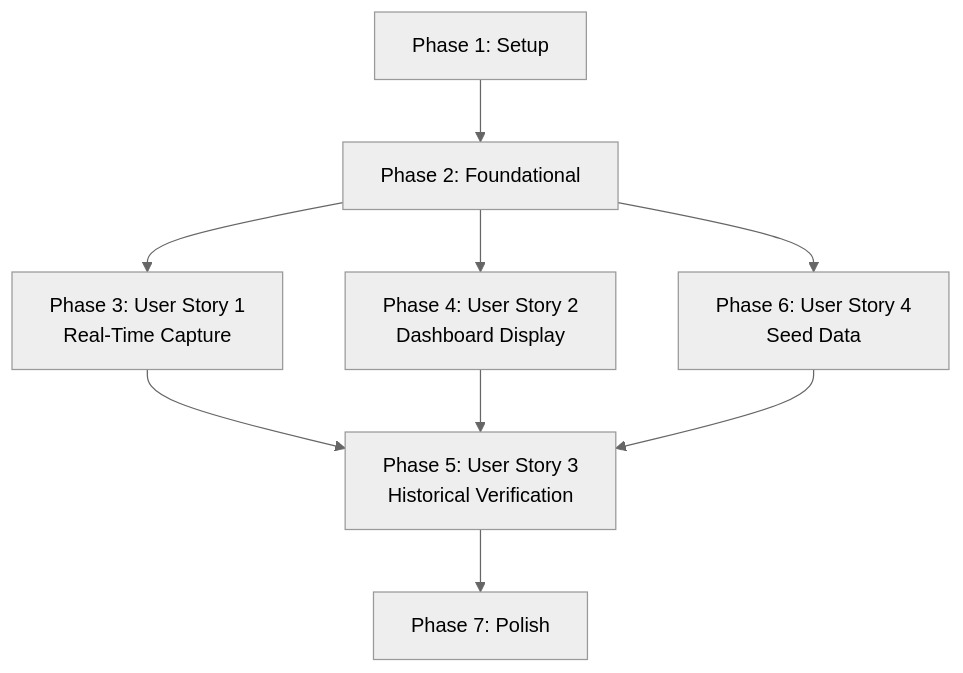
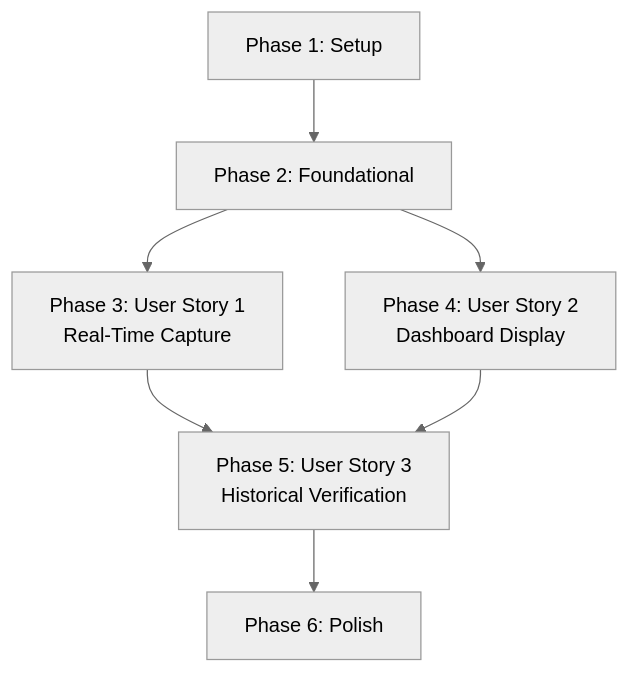
Before and after one commit to cornflowerblu/nextjs-ai-portfolio-analyzer: the diagram in specs/004-database-interactions/tasks.md, drawn with Mermaid (neutral theme). The commit also changed other lines of this file and 1 other file, not shown here.

Commit message:
fix: refactor tasks and test criteria for seed data generation; remove User Story 4 and adjust totals accordingly

````diff
--- a/specs/004-database-interactions/tasks.md
+++ b/specs/004-database-interactions/tasks.md
@@ -117,19 +102,16 @@
 ```mermaid
 graph TD
     Setup[Phase 1: Setup]
     Foundation[Phase 2: Foundational]
     US1[Phase 3: User Story 1<br/>Real-Time Capture]
     US2[Phase 4: User Story 2<br/>Dashboard Display]
     US3[Phase 5: User Story 3<br/>Historical Verification]
-    US4[Phase 6: User Story 4<br/>Seed Data]
-    Polish[Phase 7: Polish]
+    Polish[Phase 6: Polish]
 
     Setup --> Foundation
     Foundation --> US1
     Foundation --> US2
-    Foundation --> US4
     US1 --> US3
     US2 --> US3
-    US4 --> US3
     US3 --> Polish
 ```
````
